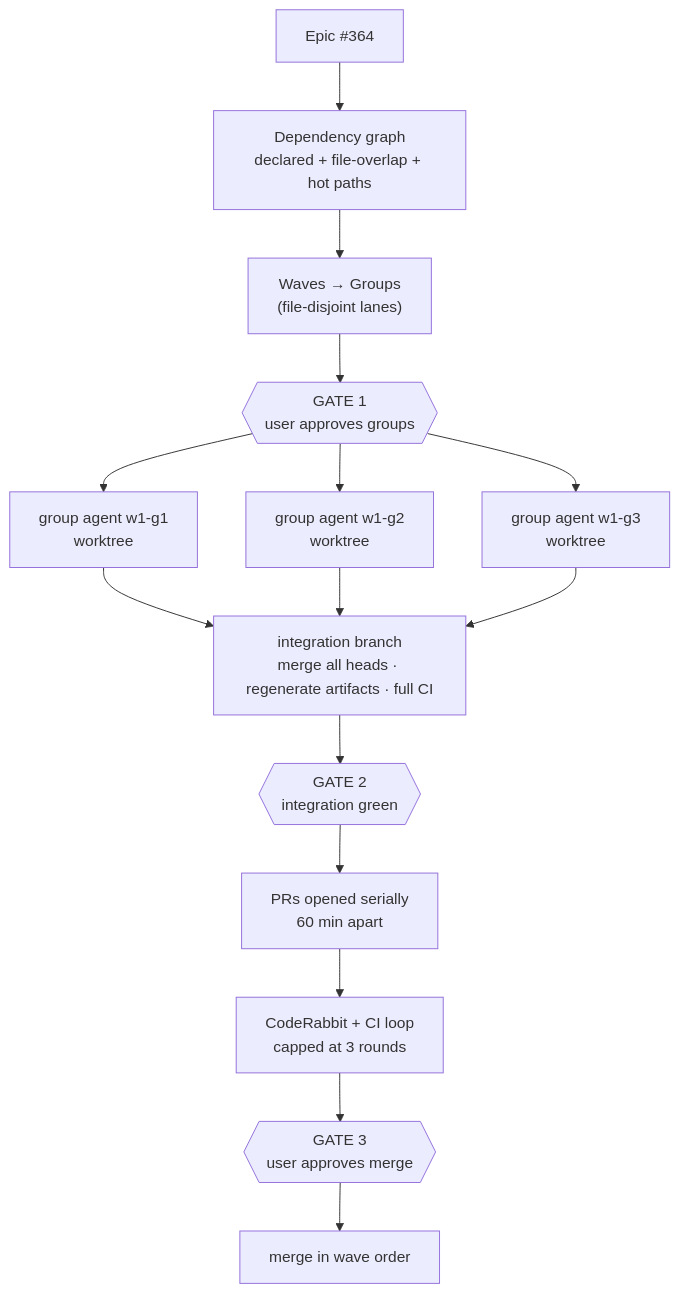
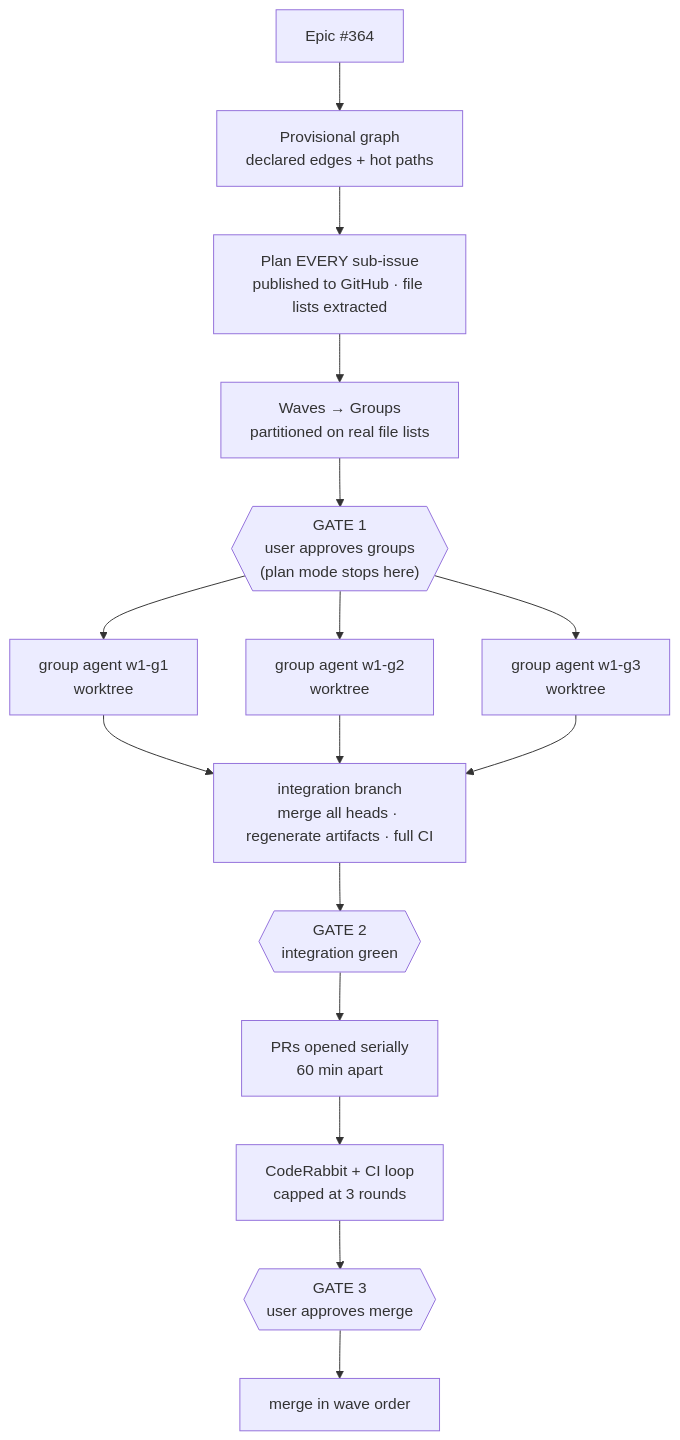
One commit to tareq89/biddaloy changed the diagram in .claude/skills/implement-epic/SKILL.md. Above: the diagram before and after it, drawn with Mermaid. The commit also changed other lines of this file, not shown here.

First line of the commit message:
fix(skills): plan the epic before partitioning it, and carry integration fixes back to the PR heads

````diff
--- a/.claude/skills/implement-epic/SKILL.md
+++ b/.claude/skills/implement-epic/SKILL.md
@@ -49,17 +51,18 @@
 ```mermaid
 flowchart TB
-    E["Epic #364"] --> DG["Dependency graph\ndeclared + file-overlap + hot paths"]
-    DG --> W["Waves → Groups\n(file-disjoint lanes)"]
-    W --> G1{{"GATE 1\nuser approves groups"}}
+    E["Epic #364"] --> DG["Provisional graph\ndeclared edges + hot paths"]
+    DG --> P["Plan EVERY sub-issue\npublished to GitHub · file lists extracted"]
+    P --> W["Waves → Groups\npartitioned on real file lists"]
+    W --> G1{{"GATE 1\nuser approves groups\n(plan mode stops here)"}}
     G1 --> A1["group agent w1-g1\nworktree"]
     G1 --> A2["group agent w1-g2\nworktree"]
     G1 --> A3["group agent w1-g3\nworktree"]
     A1 --> INT["integration branch\nmerge all heads · regenerate artifacts · full CI"]
     A2 --> INT
     A3 --> INT
     INT --> G2{{"GATE 2\nintegration green"}}
     G2 --> PR["PRs opened serially\n60 min apart"]
     PR --> CR["CodeRabbit + CI loop\ncapped at 3 rounds"]
     CR --> G3{{"GATE 3\nuser approves merge"}}
     G3 --> M["merge in wave order"]
 ```
````
